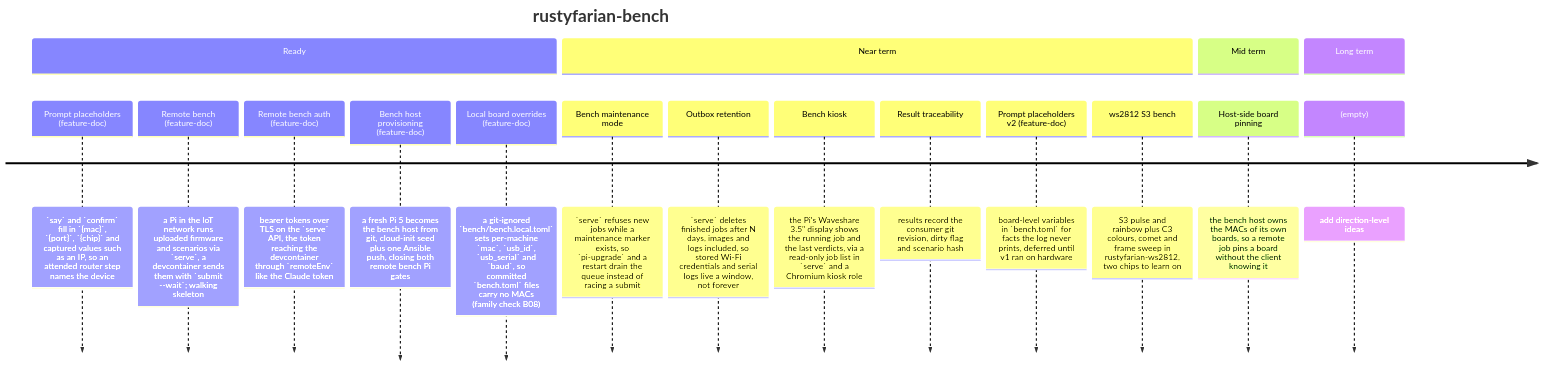
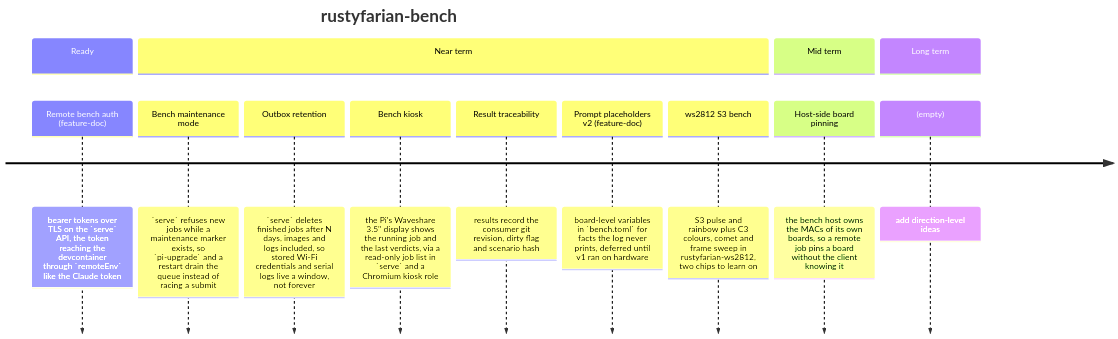
Before and after one commit to datenkollektiv/rustyfarian-bench: the diagram in docs/ROADMAP.md, drawn with Mermaid. The commit also changed 19 other files, not shown here.

````diff
--- a/docs/ROADMAP.md
+++ b/docs/ROADMAP.md
@@ -8,21 +8,17 @@
 ```mermaid
 timeline
     title rustyfarian-bench
     section Ready
-        Prompt placeholders (feature-doc) : `say` and `confirm` fill in `{mac}`, `{port}`, `{chip}` and captured values such as an IP, so an attended router step names the device
-        Remote bench (feature-doc) : a Pi in the IoT network runs uploaded firmware and scenarios via `serve`, a devcontainer sends them with `submit --wait`; walking skeleton
         Remote bench auth (feature-doc) : bearer tokens over TLS on the `serve` API, the token reaching the devcontainer through `remoteEnv` like the Claude token
-        Bench host provisioning (feature-doc) : a fresh Pi 5 becomes the bench host from git, cloud-init seed plus one Ansible push, closing both remote bench Pi gates
-        Local board overrides (feature-doc) : a git-ignored `bench/bench.local.toml` sets per-machine `mac`, `usb_id`, `usb_serial` and `baud`, so committed `bench.toml` files carry no MACs (family check B08)
     section Near term
         Bench maintenance mode : `serve` refuses new jobs while a maintenance marker exists, so `pi-upgrade` and a restart drain the queue instead of racing a submit
         Outbox retention : `serve` deletes finished jobs after N days, images and logs included, so stored Wi-Fi credentials and serial logs live a window, not forever
         Bench kiosk : the Pi's Waveshare 3.5" display shows the running job and the last verdicts, via a read-only job list in `serve` and a Chromium kiosk role
         Result traceability : results record the consumer git revision, dirty flag and scenario hash
         Prompt placeholders v2 (feature-doc) : board-level variables in `bench.toml` for facts the log never prints, deferred until v1 ran on hardware
         ws2812 S3 bench : S3 pulse and rainbow plus C3 colours, comet and frame sweep in rustyfarian-ws2812, two chips to learn on
     section Mid term
         Host-side board pinning : the bench host owns the MACs of its own boards, so a remote job pins a board without the client knowing it
     section Long term
         (empty) : add direction-level ideas
 ```
````
